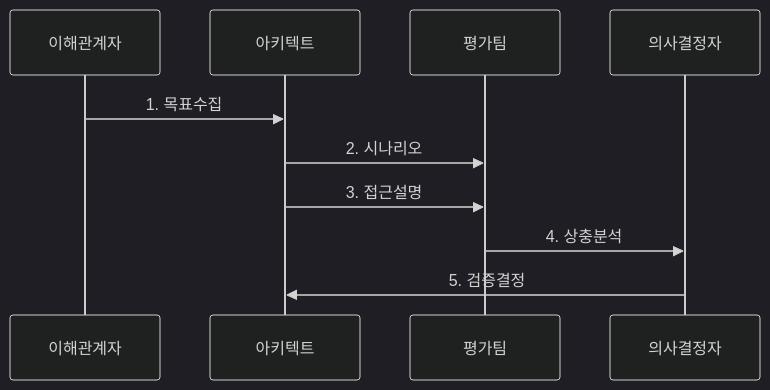
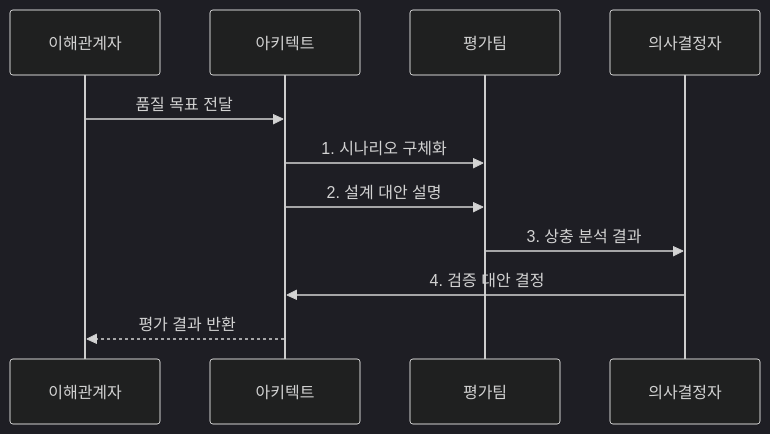
Before and after one commit to agnusdei1207/knowledge-base: the second of 2 diagrams in src/content/docs/notes/03-software/221_architecture_quality_tradeoff.md, drawn with Mermaid (dark theme). The commit also changed other lines of this file and 9 other files, not shown here.

````diff
--- a/src/content/docs/notes/03-software/221_architecture_quality_tradeoff.md
+++ b/src/content/docs/notes/03-software/221_architecture_quality_tradeoff.md
@@ -79,12 +84,13 @@
 ```mermaid
 sequenceDiagram
     participant S as 이해관계자
     participant A as 아키텍트
     participant E as 평가팀
     participant D as 의사결정자
-    S->>A: 1. 목표수집
-    A->>E: 2. 시나리오
-    A->>E: 3. 접근설명
-    E->>D: 4. 상충분석
-    D->>A: 5. 검증결정
+    S->>A: 품질 목표 전달
+    A->>E: 1. 시나리오 구체화
+    A->>E: 2. 설계 대안 설명
+    E->>D: 3. 상충 분석 결과
+    D->>A: 4. 검증 대안 결정
+    A-->>S: 평가 결과 반환
 ```
````
